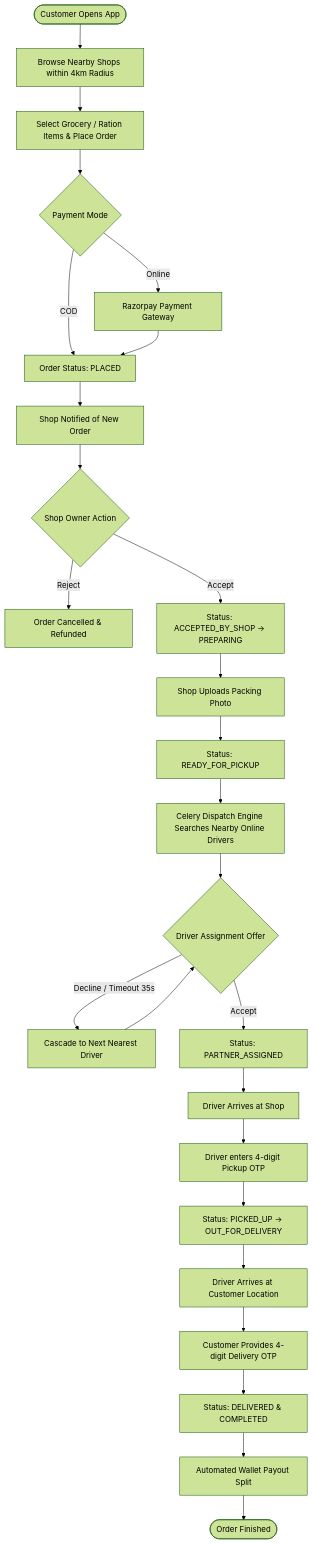
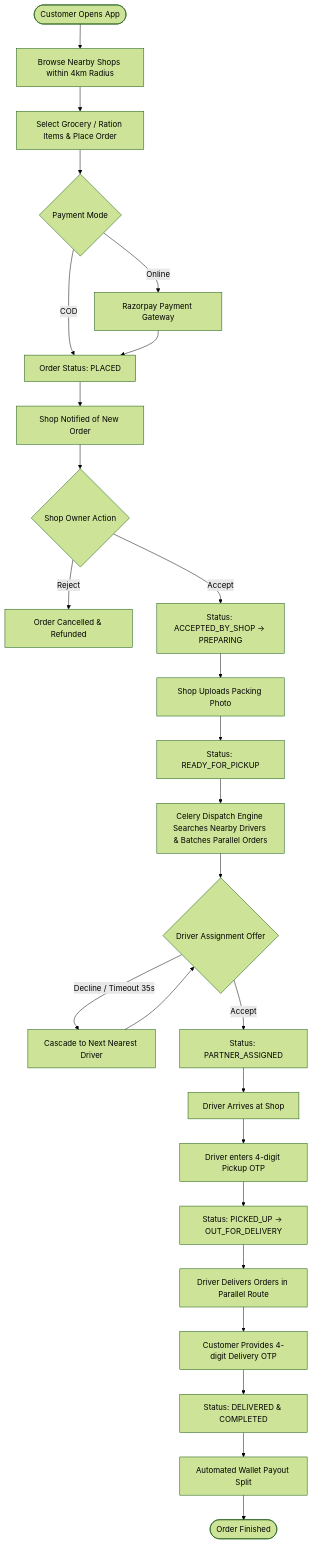
One commit to amangovindrao/passel changed the second of 3 diagrams in PAASEL_PROJECT_OVERVIEW.md. Above: the diagram before and after it, drawn with Mermaid (forest theme). The commit also changed other lines of this file and 1 other file, not shown here.

Commit message:
docs: update business model with ₹249 shop fee, tiered delivery fees & parallel batching

````diff
--- a/PAASEL_PROJECT_OVERVIEW.md
+++ b/PAASEL_PROJECT_OVERVIEW.md
@@ -82,37 +82,37 @@
 ```mermaid
 flowchart TD
     Start([Customer Opens App]) --> Browse[Browse Nearby Shops within 4km Radius]
     Browse --> Select[Select Grocery / Ration Items & Place Order]
     Select --> PayChoice{Payment Mode}
     PayChoice -->|Online| Razorpay[Razorpay Payment Gateway]
     PayChoice -->|COD| OrderPlaced[Order Status: PLACED]
     Razorpay --> OrderPlaced
 
     OrderPlaced --> ShopNotify[Shop Notified of New Order]
     ShopNotify --> ShopDecide{Shop Owner Action}
     
     ShopDecide -->|Reject| OrderCancelled[Order Cancelled & Refunded]
     ShopDecide -->|Accept| ShopPrep[Status: ACCEPTED_BY_SHOP -> PREPARING]
 
     ShopPrep --> PackPhoto[Shop Uploads Packing Photo]
     PackPhoto --> ReadyPickup[Status: READY_FOR_PICKUP]
 
-    ReadyPickup --> DriverMatching[Celery Dispatch Engine Searches Nearby Online Drivers]
+    ReadyPickup --> DriverMatching[Celery Dispatch Engine Searches Nearby Drivers & Batches Parallel Orders]
     DriverMatching --> OfferSent{Driver Assignment Offer}
     
     OfferSent -->|Decline / Timeout 35s| NextDriver[Cascade to Next Nearest Driver]
     NextDriver --> OfferSent
     
     OfferSent -->|Accept| DriverAssigned[Status: PARTNER_ASSIGNED]
 
     DriverAssigned --> ArriveShop[Driver Arrives at Shop]
     ArriveShop --> VerifyPickup[Driver enters 4-digit Pickup OTP]
     VerifyPickup --> PickedUp[Status: PICKED_UP -> OUT_FOR_DELIVERY]
 
-    PickedUp --> ReachCustomer[Driver Arrives at Customer Location]
+    PickedUp --> ReachCustomer[Driver Delivers Orders in Parallel Route]
     ReachCustomer --> VerifyDelivery[Customer Provides 4-digit Delivery OTP]
     VerifyDelivery --> Delivered[Status: DELIVERED & COMPLETED]
 
     Delivered --> Payout[Automated Wallet Payout Split]
     Payout --> End([Order Finished])
 ```
````
